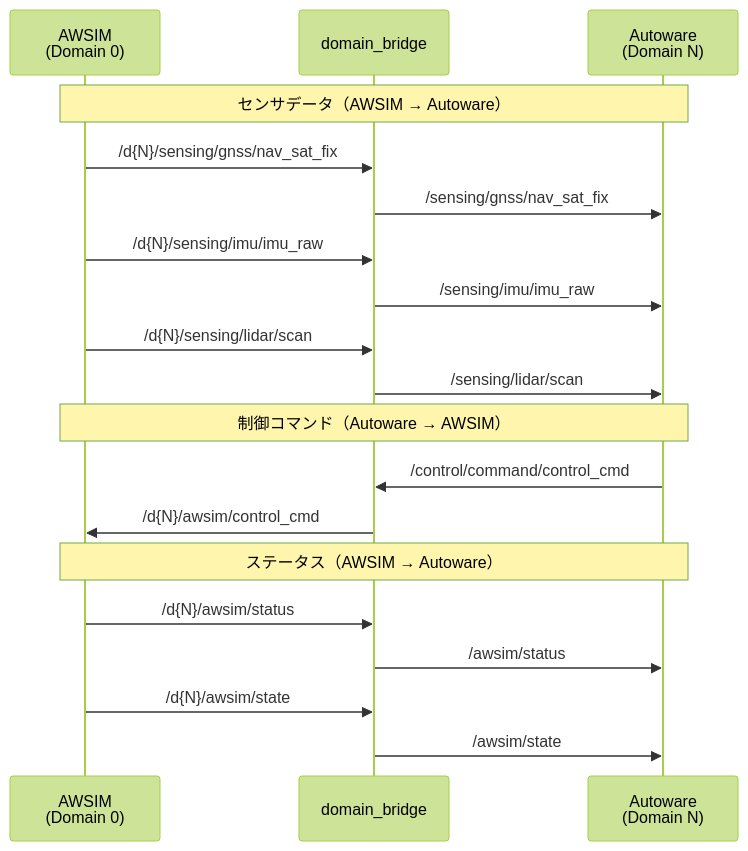
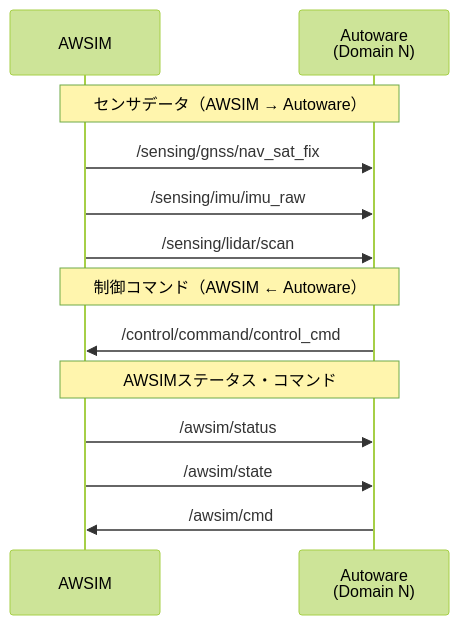
Before and after one commit to AutomotiveAIChallenge/aichallenge-documentation-racingkart: the diagram in docs/specifications/interface.ja.md, drawn with Mermaid (forest theme). The commit also changed other lines of this file, not shown here.

Commit message:
docs: align interface spec with current AWSIM topic I/O

````diff
--- a/docs/specifications/interface.ja.md
+++ b/docs/specifications/interface.ja.md
@@ -73,24 +18,18 @@
 ```mermaid
 sequenceDiagram
-    participant AWSIM as AWSIM<br/>(Domain 0)
-    participant Bridge as domain_bridge
+    participant AWSIM as AWSIM
     participant Autoware as Autoware<br/>(Domain N)
 
     Note over AWSIM,Autoware: センサデータ（AWSIM → Autoware）
-    AWSIM->>Bridge: /d{N}/sensing/gnss/nav_sat_fix
-    Bridge->>Autoware: /sensing/gnss/nav_sat_fix
-    AWSIM->>Bridge: /d{N}/sensing/imu/imu_raw
-    Bridge->>Autoware: /sensing/imu/imu_raw
-    AWSIM->>Bridge: /d{N}/sensing/lidar/scan
-    Bridge->>Autoware: /sensing/lidar/scan
+    AWSIM->>Autoware: /sensing/gnss/nav_sat_fix
+    AWSIM->>Autoware: /sensing/imu/imu_raw
+    AWSIM->>Autoware: /sensing/lidar/scan
 
-    Note over AWSIM,Autoware: 制御コマンド（Autoware → AWSIM）
-    Autoware->>Bridge: /control/command/control_cmd
-    Bridge->>AWSIM: /d{N}/awsim/control_cmd
+    Note over AWSIM,Autoware: 制御コマンド（AWSIM ← Autoware）
+    Autoware->>AWSIM: /control/command/control_cmd
 
-    Note over AWSIM,Autoware: ステータス（AWSIM → Autoware）
-    AWSIM->>Bridge: /d{N}/awsim/status
-    Bridge->>Autoware: /awsim/status
-    AWSIM->>Bridge: /d{N}/awsim/state
-    Bridge->>Autoware: /awsim/state
+    Note over AWSIM,Autoware: AWSIMステータス・コマンド
+    AWSIM->>Autoware: /awsim/status
+    AWSIM->>Autoware: /awsim/state
+    Autoware->>AWSIM: /awsim/cmd
 ```
````
